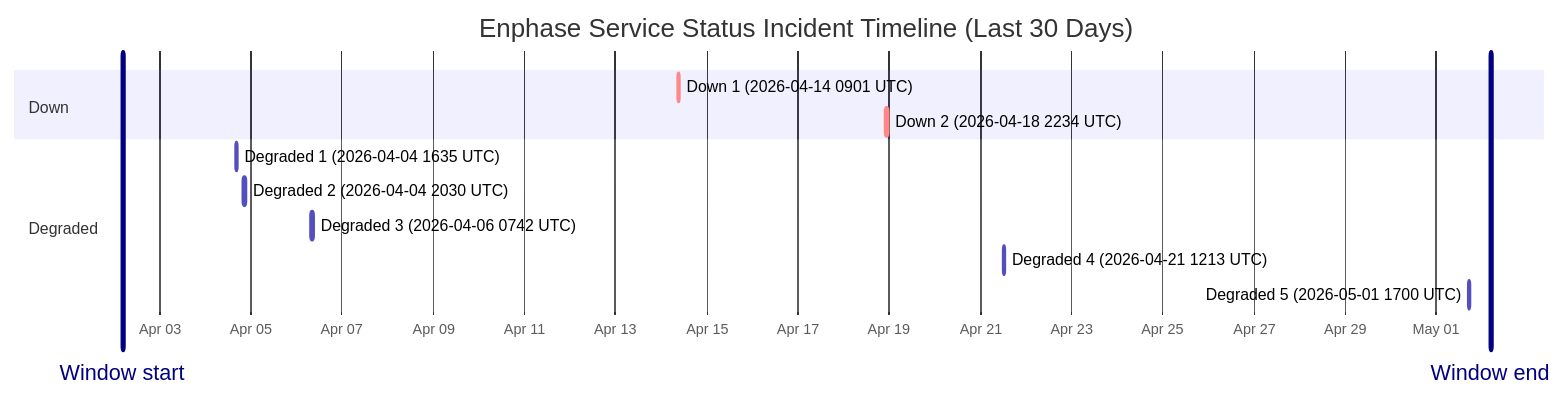
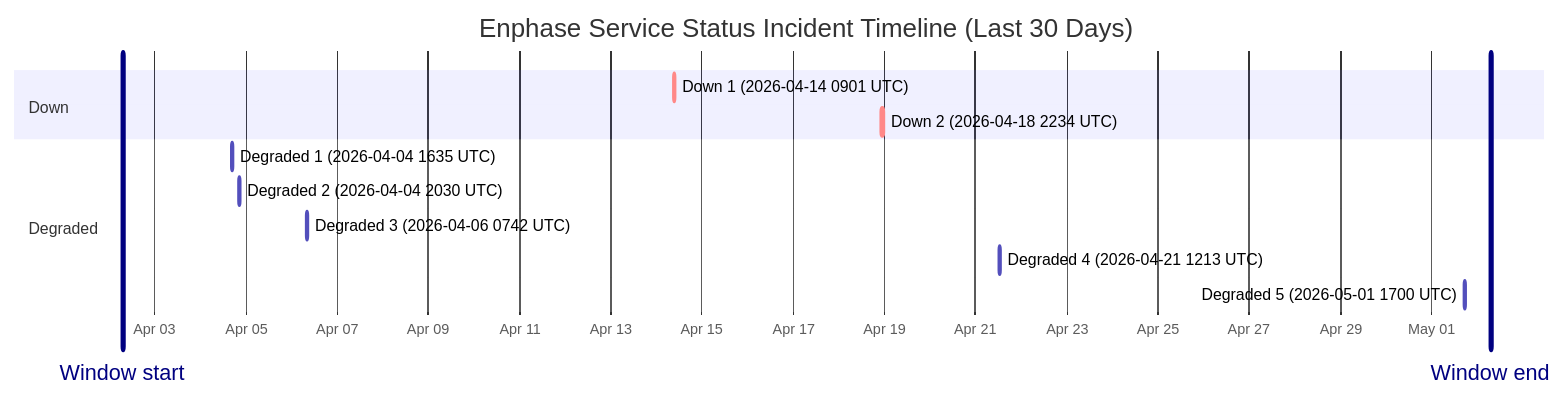
Before and after one commit to barneyonline/ha-enphase-ev-charger: the diagram in wiki/Service-Status-History.md, drawn with Mermaid. The commit also changed other lines of this file and 3 other files, not shown here.

````diff
--- a/wiki/Service-Status-History.md
+++ b/wiki/Service-Status-History.md
@@ -14,17 +14,17 @@
 ```mermaid
 gantt
     title Enphase Service Status Incident Timeline (Last 30 Days)
     dateFormat  YYYY-MM-DDTHH:mm:ss
     axisFormat  %b %d
-    Window start :vert, window-start, 2026-04-02T04:39:43, 0ms
-    Window end :vert, window-end, 2026-05-02T04:39:43, 0ms
+    Window start :vert, window-start, 2026-04-02T07:00:17, 0ms
+    Window end :vert, window-end, 2026-05-02T07:00:17, 0ms
     section Down
     Down 1 (2026-04-14 0901 UTC) :crit, down-1, 2026-04-14T09:01:13, 60m
     Down 2 (2026-04-18 2234 UTC) :crit, down-2, 2026-04-18T22:34:13, 60m
     section Degraded
     Degraded 1 (2026-04-04 1635 UTC) :active, degraded-1, 2026-04-04T16:35:17, 60m
     Degraded 2 (2026-04-04 2030 UTC) :active, degraded-2, 2026-04-04T20:30:40, 60m
     Degraded 3 (2026-04-06 0742 UTC) :active, degraded-3, 2026-04-06T07:42:09, 85m
     Degraded 4 (2026-04-21 1213 UTC) :active, degraded-4, 2026-04-21T12:13:11, 60m
     Degraded 5 (2026-05-01 1700 UTC) :active, degraded-5, 2026-05-01T17:00:22, 60m
 ```
````
